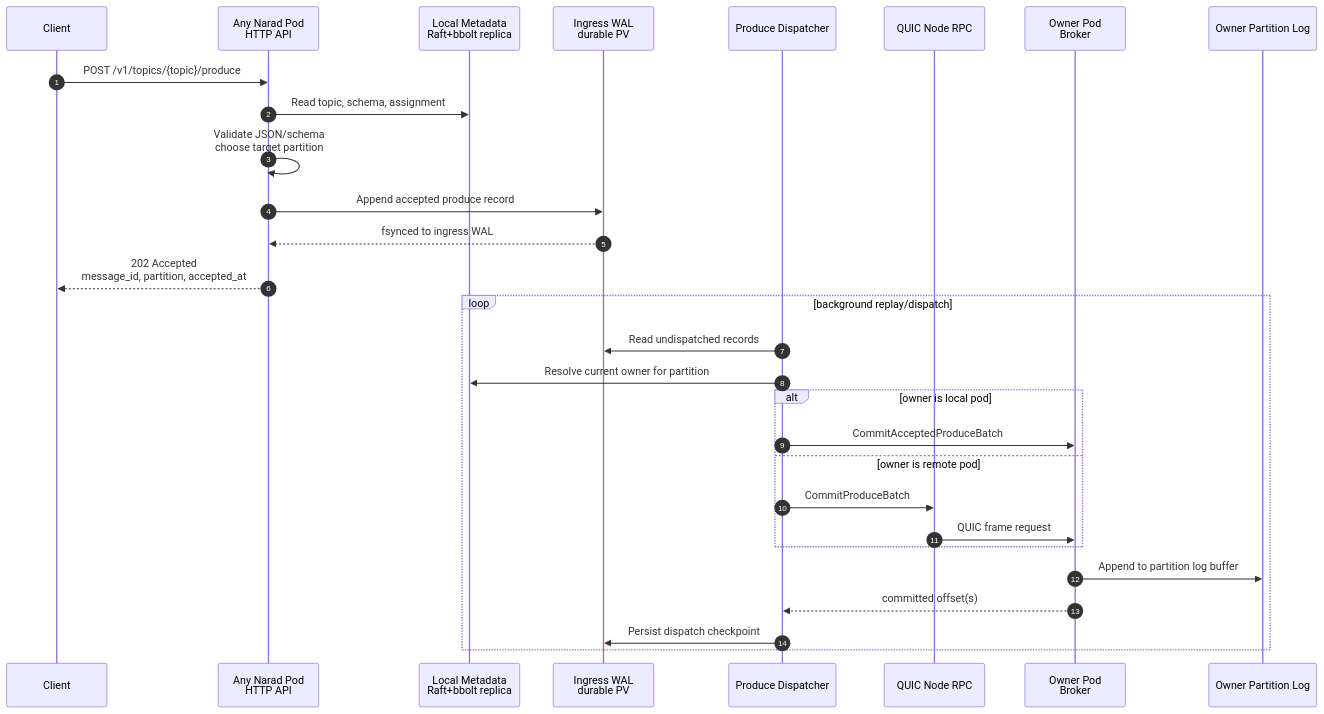
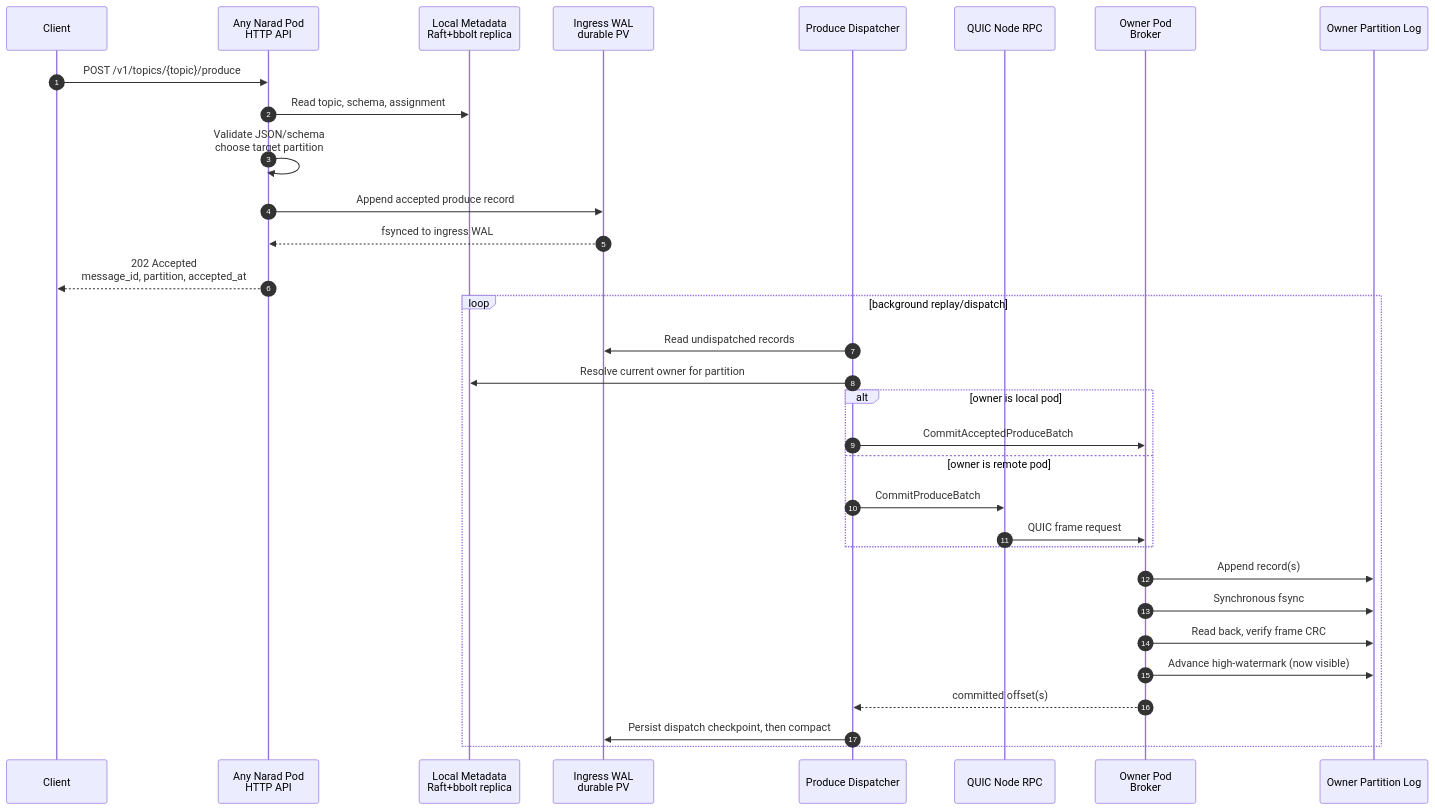
The first of 4 diagrams in PCA_FLOWS.md (DebanganThakuria/narad), drawn with Mermaid before and after one commit. The commit also changed other lines of this file and 107 other files, not shown here.

````diff
--- a/PCA_FLOWS.md
+++ b/PCA_FLOWS.md
@@ -12,33 +12,36 @@
 ```mermaid
 sequenceDiagram
     autonumber
     participant C as Client
     participant API as Any Narad Pod<br/>HTTP API
     participant MS as Local Metadata<br/>Raft+bbolt replica
     participant WAL as Ingress WAL<br/>durable PV
     participant D as Produce Dispatcher
     participant Q as QUIC Node RPC
     participant O as Owner Pod<br/>Broker
     participant L as Owner Partition Log
 
     C->>API: POST /v1/topics/{topic}/produce
     API->>MS: Read topic, schema, assignment
     API->>API: Validate JSON/schema<br/>choose target partition
     API->>WAL: Append accepted produce record
     WAL-->>API: fsynced to ingress WAL
     API-->>C: 202 Accepted<br/>message_id, partition, accepted_at
 
     loop background replay/dispatch
         D->>WAL: Read undispatched records
         D->>MS: Resolve current owner for partition
         alt owner is local pod
             D->>O: CommitAcceptedProduceBatch
         else owner is remote pod
             D->>Q: CommitProduceBatch
             Q->>O: QUIC frame request
         end
-        O->>L: Append to partition log buffer
+        O->>L: Append record(s)
+        O->>L: Synchronous fsync
+        O->>L: Read back, verify frame CRC
+        O->>L: Advance high-watermark (now visible)
         O-->>D: committed offset(s)
-        D->>WAL: Persist dispatch checkpoint
+        D->>WAL: Persist dispatch checkpoint, then compact
     end
 ```
````
